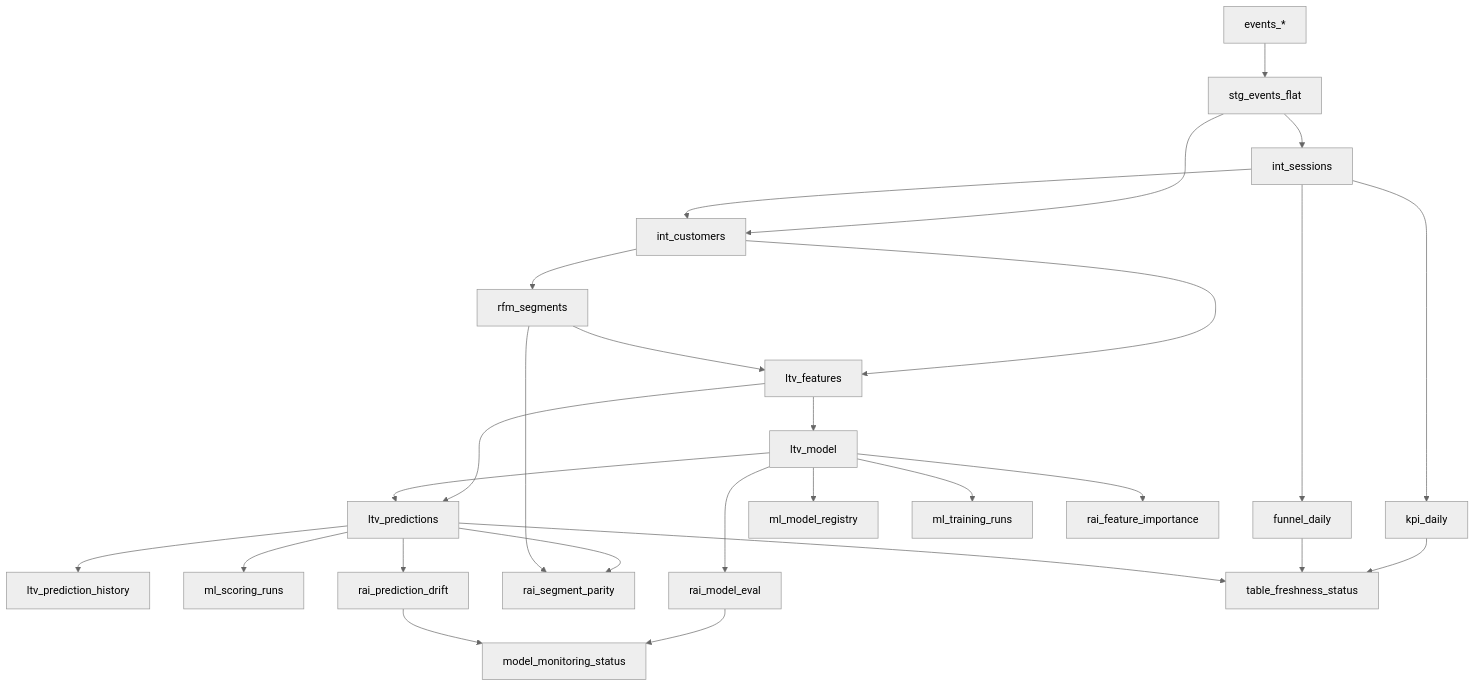
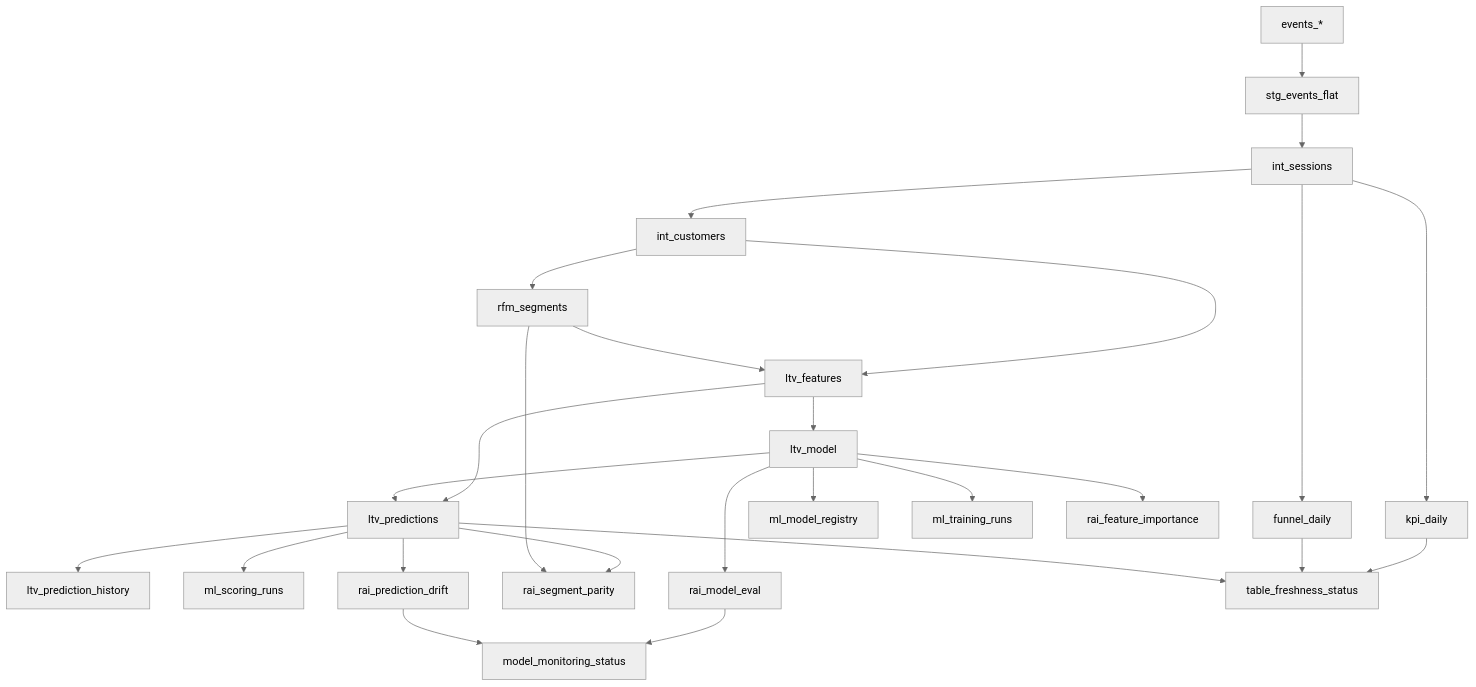
The diagram in plans/de-pipeline-implementation-plan.md (longdang193/ecommerce-analytics-bruin), drawn with Mermaid (neutral theme) before and after one commit. The commit also changed other lines of this file and 3 other files, not shown here.

````diff
--- a/plans/de-pipeline-implementation-plan.md
+++ b/plans/de-pipeline-implementation-plan.md
@@ -1010,29 +1058,28 @@
 ```mermaid
 graph TD
     A[events_*] --> B[stg_events_flat]
     B --> C[int_sessions]
-    B --> D[int_customers]
-    C --> D
+    C --> D[int_customers]
     C --> E[kpi_daily]
     C --> F[funnel_daily]
     D --> G[rfm_segments]
     D --> H[ltv_features]
     G --> H
     H --> I[ltv_model]
     H --> J[ltv_predictions]
     I --> J
     J --> K[ltv_prediction_history]
     I --> L[ml_model_registry]
     I --> M[ml_training_runs]
     J --> N[ml_scoring_runs]
     I --> O[rai_model_eval]
     I --> P[rai_feature_importance]
     J --> Q[rai_segment_parity]
     G --> Q
     J --> R[rai_prediction_drift]
     E --> S[table_freshness_status]
     F --> S
     J --> S
     O --> T[model_monitoring_status]
     R --> T
 ```
````
